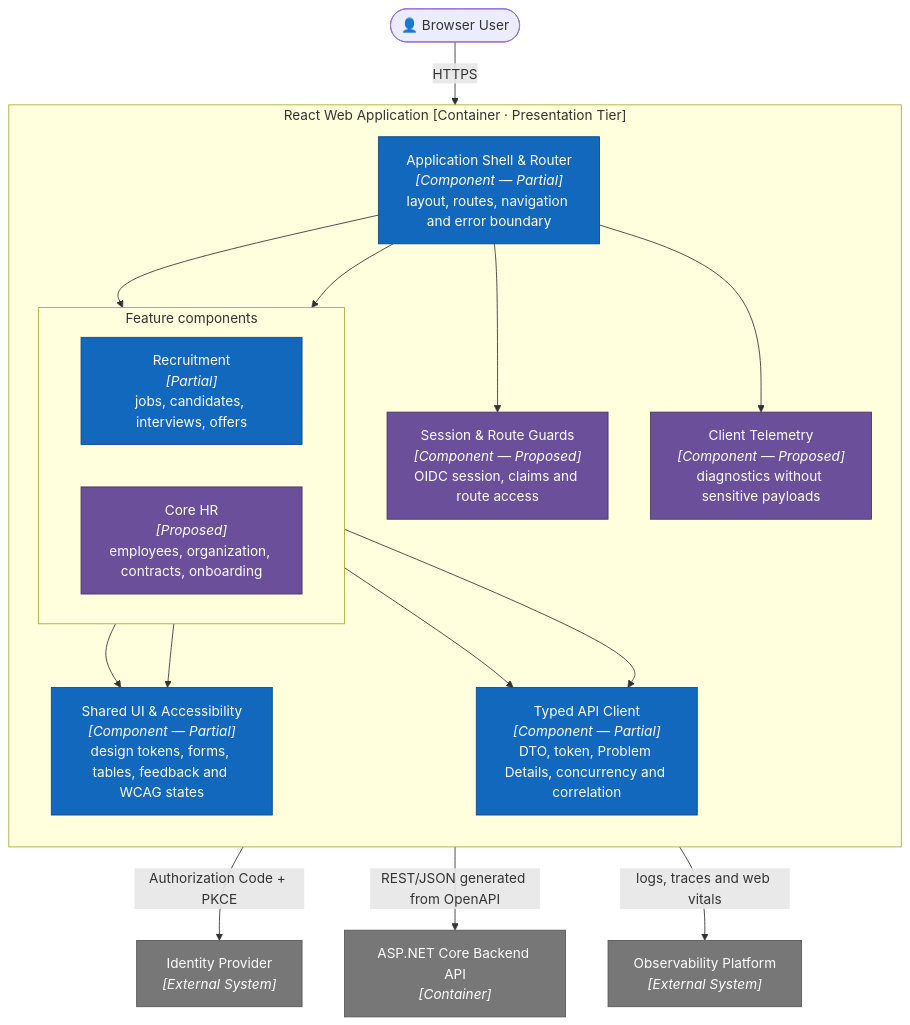
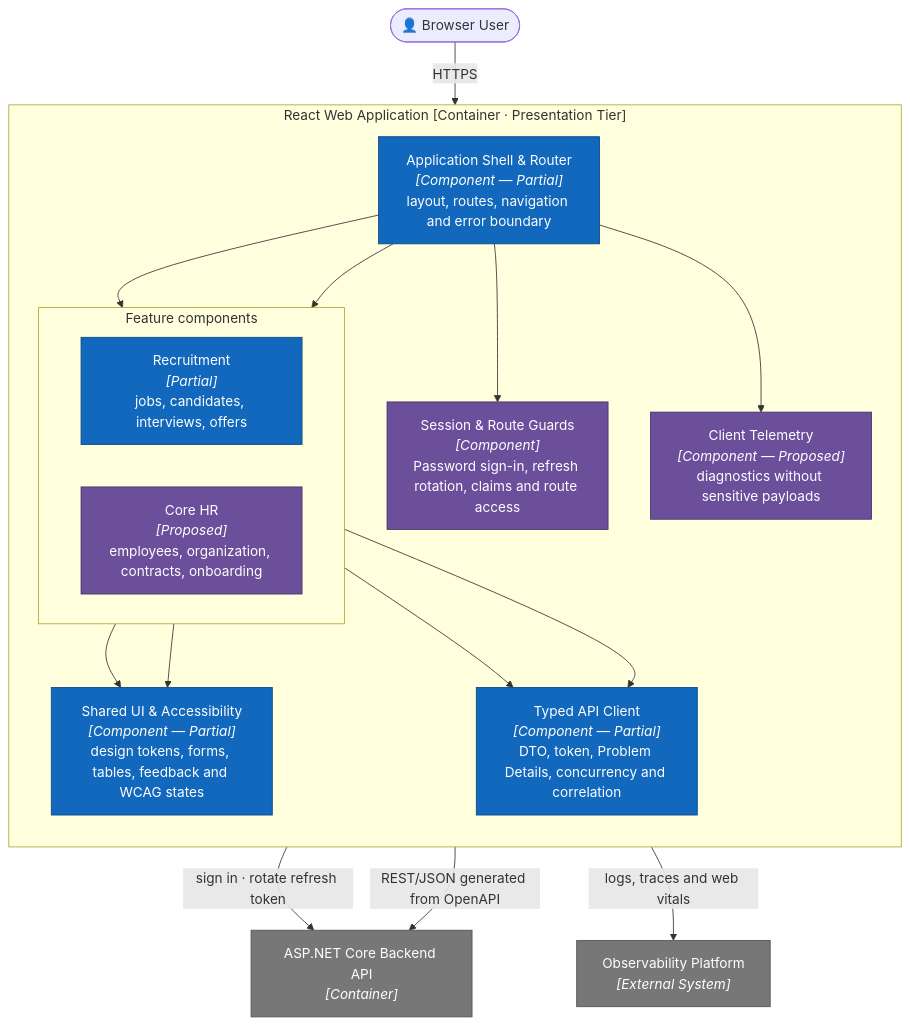
Before and after one commit to nvdat16/QLNS: the fourth of 12 diagrams in docs/architecture.md, drawn with Mermaid. The commit also changed other lines of this file and 14 other files, not shown here.

````diff
--- a/docs/architecture.md
+++ b/docs/architecture.md
@@ -222,46 +222,45 @@
 ```mermaid
 flowchart TB
     user(["👤 Browser User"])
     api["ASP.NET Core Backend API<br/><i>[Container]</i>"]
-    idp["Identity Provider<br/><i>[External System]</i>"]
     observe["Observability Platform<br/><i>[External System]</i>"]
 
     subgraph web["React Web Application [Container · Presentation Tier]"]
         direction TB
         shell["Application Shell & Router<br/><i>[Component — Partial]</i><br/>layout, routes, navigation and error boundary"]
-        auth["Session & Route Guards<br/><i>[Component — Proposed]</i><br/>OIDC session, claims and route access"]
+        auth["Session & Route Guards<br/><i>[Component]</i><br/>Password sign-in, refresh rotation, claims and route access"]
 
         subgraph features["Feature components"]
             direction LR
             recruitment["Recruitment<br/><i>[Partial]</i><br/>jobs, candidates, interviews, offers"]
             corehr["Core HR<br/><i>[Proposed]</i><br/>employees, organization, contracts, onboarding"]
         end
 
         shared["Shared UI & Accessibility<br/><i>[Component — Partial]</i><br/>design tokens, forms, tables, feedback and WCAG states"]
         client["Typed API Client<br/><i>[Component — Partial]</i><br/>DTO, token, Problem Details, concurrency and correlation"]
         telemetry["Client Telemetry<br/><i>[Component — Proposed]</i><br/>diagnostics without sensitive payloads"]
 
         shell --> auth
         shell --> recruitment
         shell --> corehr
 
         recruitment --> shared
         corehr --> shared
 
         recruitment --> client
         corehr --> client
         shell --> telemetry
     end
 
     user -->|HTTPS| shell
-    auth -->|"Authorization Code + PKCE"| idp
+    auth -->|"sign in · rotate refresh token"| api
     client -->|"REST/JSON generated from OpenAPI"| api
     telemetry -->|"logs, traces and web vitals"| observe
 
     classDef partial fill:#1168bd,color:#fff,stroke:#0b4884
     classDef proposed fill:#6b4f9b,color:#fff,stroke:#463267
     classDef external fill:#777,color:#fff,stroke:#555
     class shell,recruitment,shared,client partial
     class auth,corehr,telemetry proposed
-    class api,idp,observe external
+    class api,observe external
 ```
````
